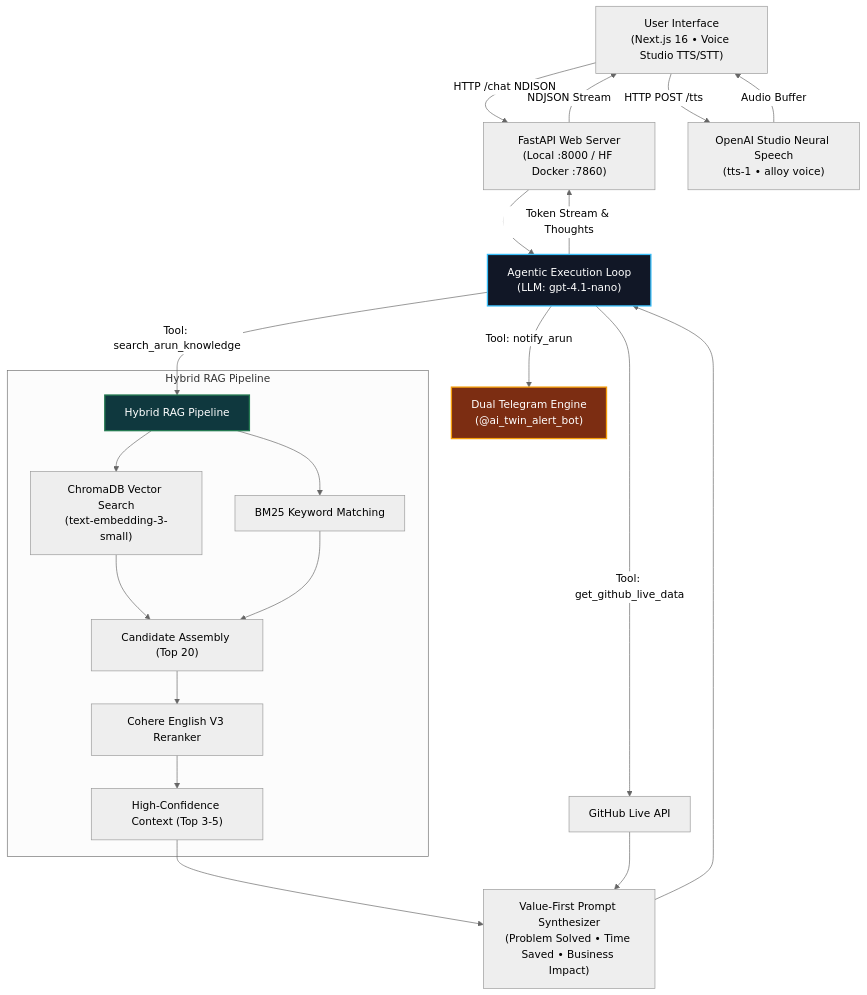
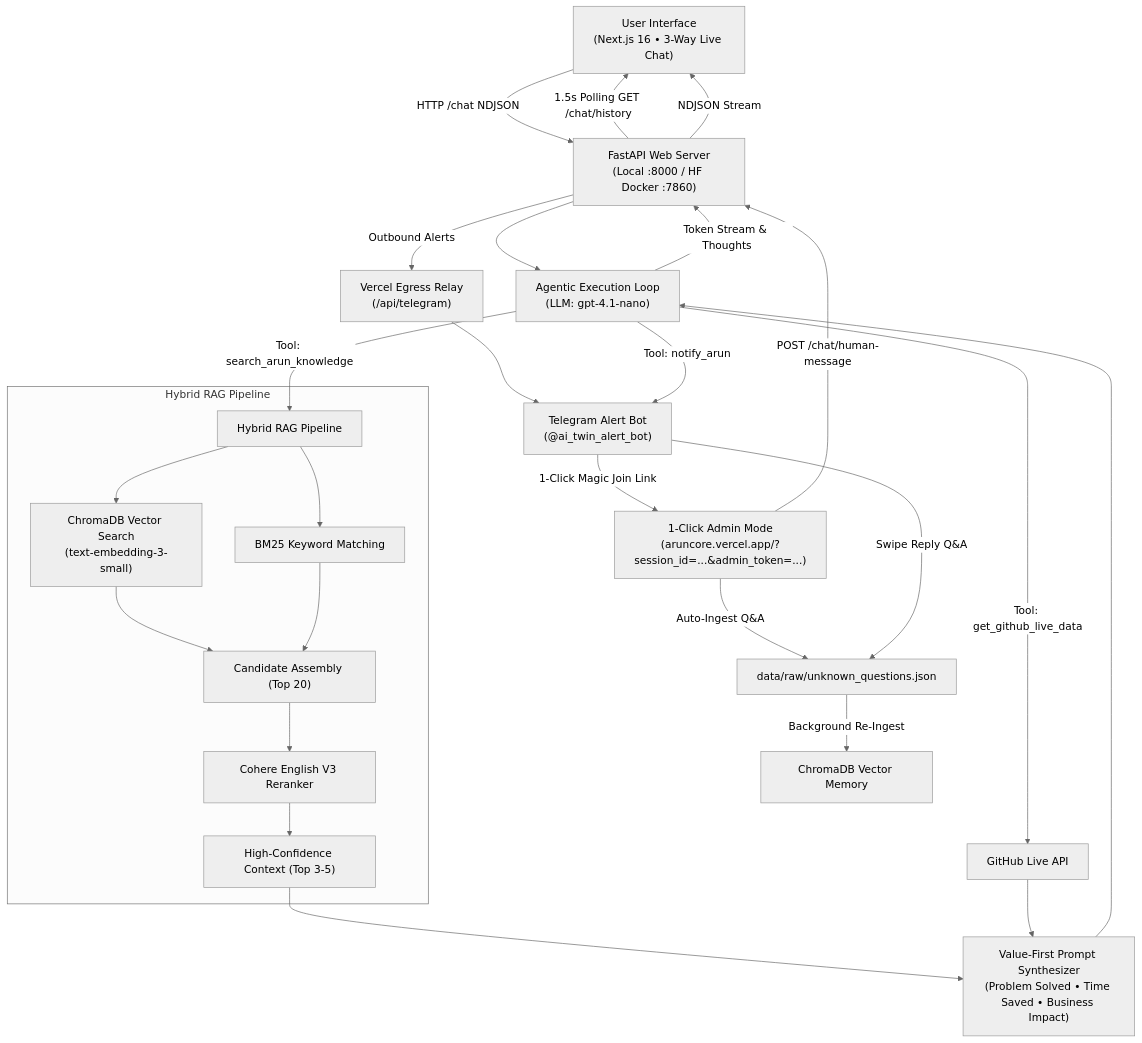
The diagram in system_design.md (neural-arun/aruncore), drawn with Mermaid (neutral theme) before and after one commit. The commit also changed other lines of this file and 13 other files, not shown here.

Commit message:
refactor: Clean up redundant scratch files, update all module READMEs, system design specs, operations manuals, and master architecture blueprints

````diff
--- a/system_design.md
+++ b/system_design.md
@@ -9,40 +9,43 @@
 ```mermaid
 graph TD
-    User["User Interface<br/>(Next.js 16 • Voice Studio TTS/STT)"] -->|HTTP /chat NDJSON| API["FastAPI Web Server<br/>(Local :8000 / HF Docker :7860)"]
+    User["User Interface<br/>(Next.js 16 • 3-Way Live Chat)"] -->|HTTP /chat NDJSON| API["FastAPI Web Server<br/>(Local :8000 / HF Docker :7860)"]
     
+    %% 3-Way Live Chat Takeover
+    TelegramAlert["Telegram Alert Bot<br/>(@ai_twin_alert_bot)"] -->|1-Click Magic Join Link| AdminMode["1-Click Admin Mode<br/>(aruncore.vercel.app/?session_id=...&admin_token=...)"]
+    AdminMode -->|POST /chat/human-message| API
+    API -->|1.5s Polling GET /chat/history| User
+
+    %% Vercel Relay
+    API -->|Outbound Alerts| VercelRelay["Vercel Egress Relay<br/>(/api/telegram)"]
+    VercelRelay --> TelegramAlert
+
     %% Intent & Tool Routing
     API --> Agent["Agentic Execution Loop<br/>(LLM: gpt-4.1-nano)"]
     
     Agent -->|Tool: search_arun_knowledge| HybridRAG["Hybrid RAG Pipeline"]
     Agent -->|Tool: get_github_live_data| GitHubAPI["GitHub Live API"]
-    Agent -->|Tool: notify_arun| TelegramAlert["Dual Telegram Engine<br/>(@ai_twin_alert_bot)"]
+    Agent -->|Tool: notify_arun| TelegramAlert
 
     %% Hybrid RAG Pipeline
     subgraph Hybrid RAG Pipeline
         HybridRAG --> Dense["ChromaDB Vector Search<br/>(text-embedding-3-small)"]
         HybridRAG --> Sparse["BM25 Keyword Matching"]
         Dense --> Combine["Candidate Assembly (Top 20)"]
         Sparse --> Combine
         Combine --> Rerank["Cohere English V3 Reranker"]
         Rerank --> TopContext["High-Confidence Context (Top 3-5)"]
     end
 
+    %% Active Learning
+    AdminMode -->|Auto-Ingest Q&A| UnknownJSON["data/raw/unknown_questions.json"]
+    TelegramAlert -->|Swipe Reply Q&A| UnknownJSON
+    UnknownJSON -->|Background Re-Ingest| ChromaDB["ChromaDB Vector Memory"]
+
     %% Value-First Synthesizer
     TopContext --> Synthesizer["Value-First Prompt Synthesizer<br/>(Problem Solved • Time Saved • Business Impact)"]
     GitHubAPI --> Synthesizer
     
     Synthesizer --> Agent
     Agent -->|Token Stream & Thoughts| API
     API -->|NDJSON Stream| User
-    
-    %% Voice Studio
-    User -->|HTTP POST /tts| TTS["OpenAI Studio Neural Speech<br/>(tts-1 • alloy voice)"]
-    TTS -->|Audio Buffer| User
-
-    classDef db fill:#0F383E,stroke:#257A52,stroke-width:2px,color:#fff;
-    classDef llm fill:#111726,stroke:#38BDF8,stroke-width:2px,color:#fff;
-    classDef alert fill:#7C2D12,stroke:#F59E0B,stroke-width:2px,color:#fff;
-    class HybridRAG,ChromaDB db;
-    class Agent llm;
-    class TelegramAlert alert;
 ```
````
